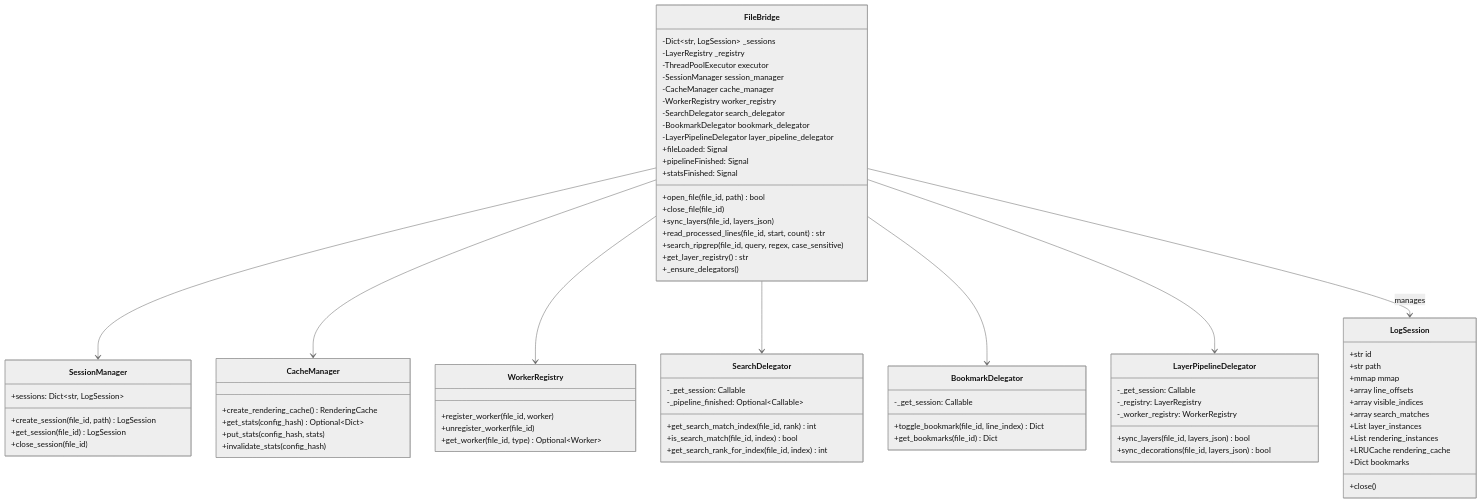
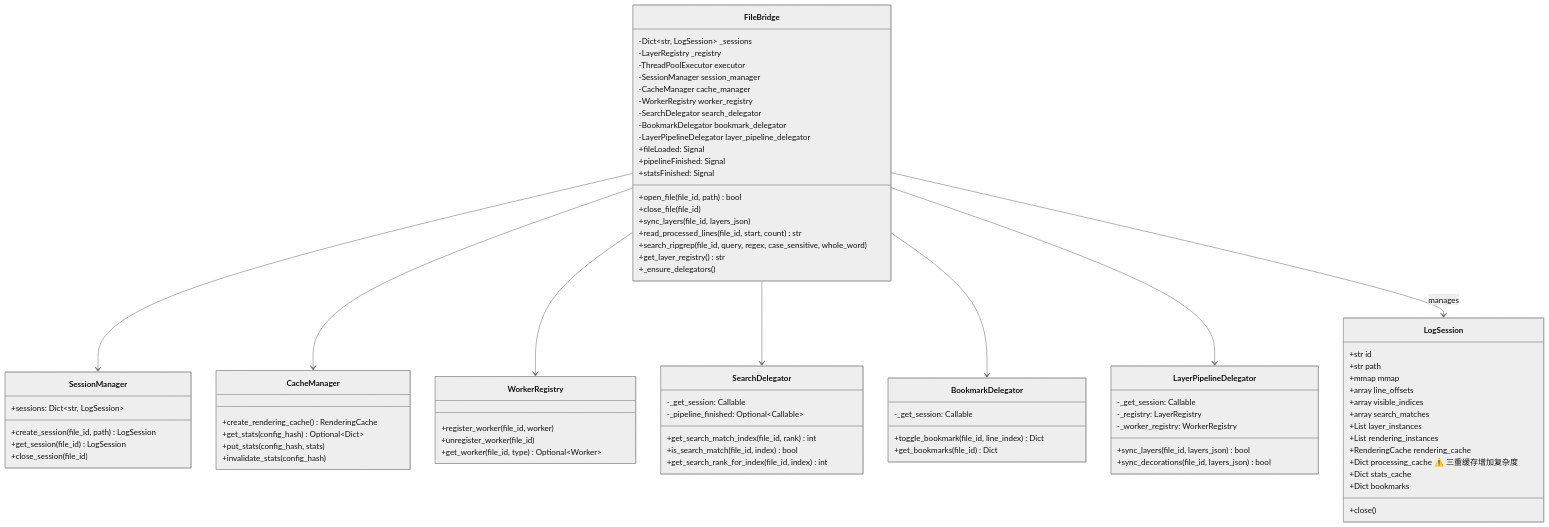
One commit to qmjianda/loglayer changed the sixth of 27 diagrams in megatron_mermaid.md. Above: the diagram before and after it, drawn with Mermaid (neutral theme). The commit also changed other lines of this file and 63 other files, not shown here.

```diff
--- a/megatron_mermaid.md
+++ b/megatron_mermaid.md
@@ -364,7 +366,7 @@
         +close_file(file_id)
         +sync_layers(file_id, layers_json)
         +read_processed_lines(file_id, start, count) str
-        +search_ripgrep(file_id, query, regex, case_sensitive)
+        +search_ripgrep(file_id, query, regex, case_sensitive, whole_word)
         +get_layer_registry() str
         +_ensure_delegators()
     }
@@ -420,7 +422,9 @@
         +array search_matches
         +List layer_instances
         +List rendering_instances
-        +LRUCache rendering_cache
+        +RenderingCache rendering_cache
+        +Dict processing_cache  ⚠️ 三重缓存增加复杂度
+        +Dict stats_cache
         +Dict bookmarks
         +close()
     }
```
